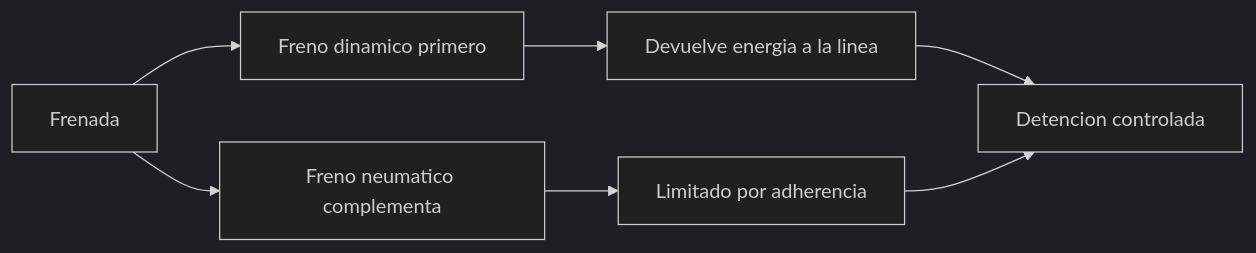
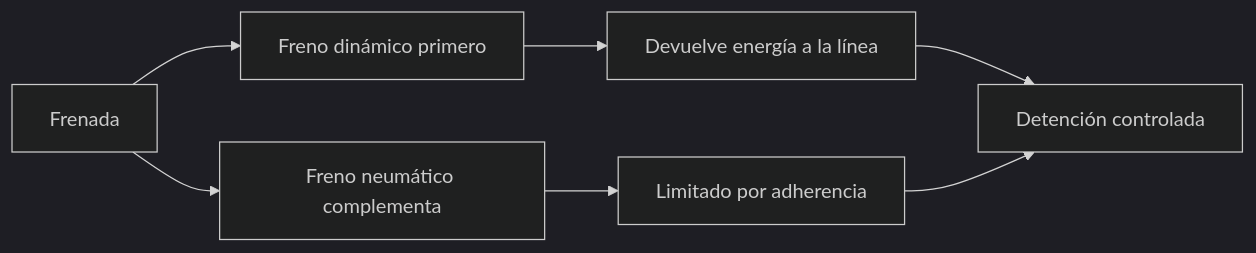
The diagram in vehiculos/tren-pasajeros/recursos/recursos-tren-pasajeros.md (vladimiracunadev-create/machine-operator-program), drawn with Mermaid (dark theme) before and after one commit. The commit also changed other lines of this file and 442 other files, not shown here.

````diff
--- a/vehiculos/tren-pasajeros/recursos/recursos-tren-pasajeros.md
+++ b/vehiculos/tren-pasajeros/recursos/recursos-tren-pasajeros.md
@@ -28,9 +28,9 @@
 ```mermaid
 flowchart LR
-    Frenada[Frenada] --> Dinamico[Freno dinamico primero]
-    Dinamico --> Regenera[Devuelve energia a la linea]
-    Frenada --> Neumatico[Freno neumatico complementa]
+    Frenada[Frenada] --> Dinamico[Freno dinámico primero]
+    Dinamico --> Regenera[Devuelve energía a la línea]
+    Frenada --> Neumatico[Freno neumático complementa]
     Neumatico --> Adherencia[Limitado por adherencia]
-    Regenera --> Parada[Detencion controlada]
+    Regenera --> Parada[Detención controlada]
     Adherencia --> Parada
 ```
````
